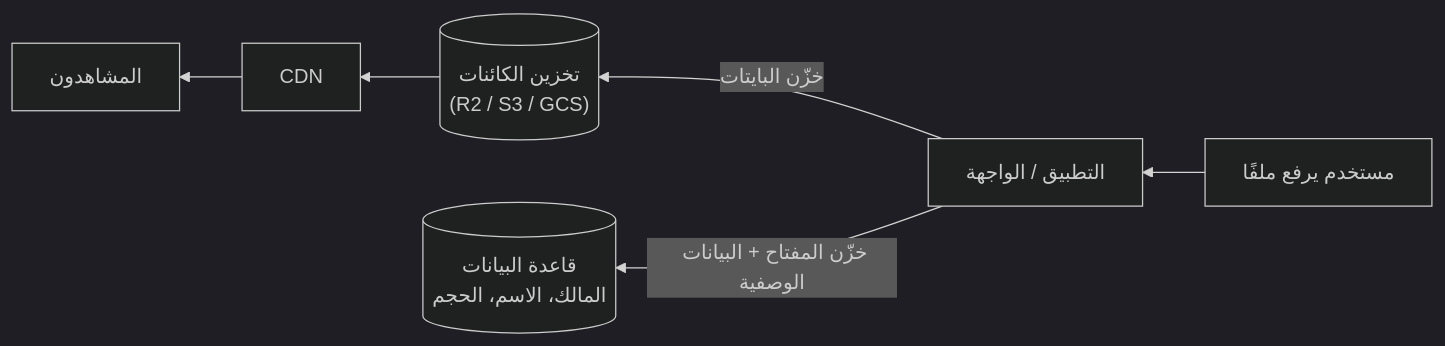
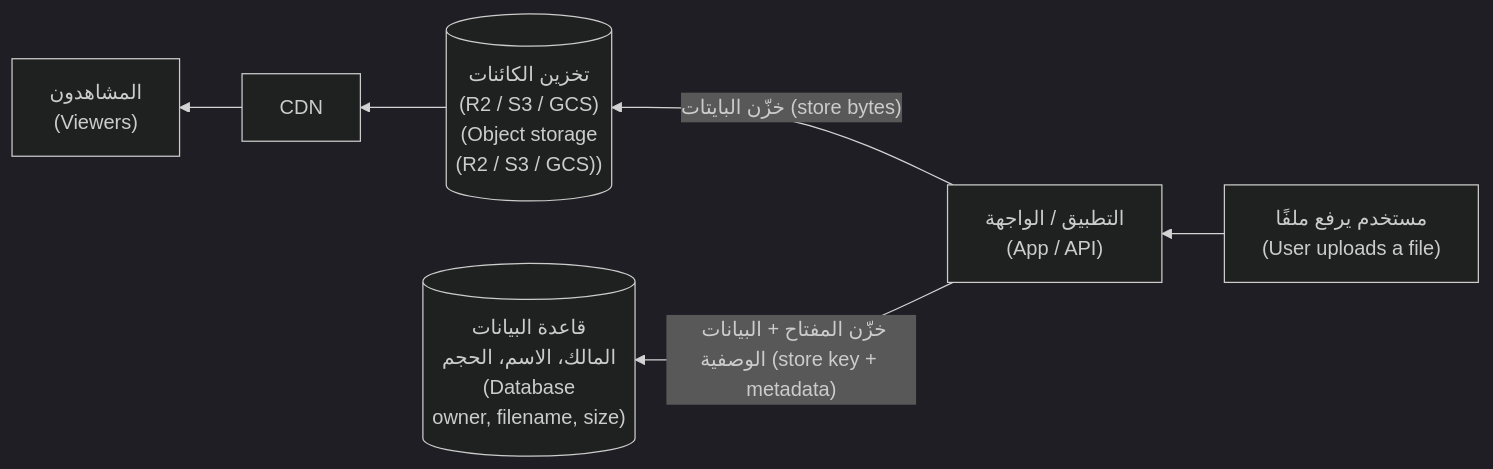
One commit to Tamoura/system-design-for-vibe-coders changed the second of 10 diagrams in modules/02-data-storage-backups/module.ar.md. Above: the diagram before and after it, drawn with Mermaid (dark theme). The commit also changed other lines of this file and 62 other files, not shown here.

First line of the commit message:
Arabic editions: English on every diagram label, RTL fixes, rebuild

````diff
--- a/modules/02-data-storage-backups/module.ar.md
+++ b/modules/02-data-storage-backups/module.ar.md
@@ -189,7 +189,7 @@
 ```mermaid
 flowchart RL
-    U["مستخدم يرفع ملفًا"] --> API["التطبيق / الواجهة"]
-    API -->|"خزّن البايتات"| OS[("تخزين الكائنات<br/>(R2 / S3 / GCS)")]
-    API -->|"خزّن المفتاح + البيانات الوصفية"| DB[("قاعدة البيانات<br/>المالك، الاسم، الحجم")]
-    OS --> CDN["CDN"] --> V["المشاهدون"]
+    U["مستخدم يرفع ملفًا<br/>(User uploads a file)"] --> API["التطبيق / الواجهة<br/>(App / API)"]
+    API -->|"خزّن البايتات (store bytes)"| OS[("تخزين الكائنات<br/>(R2 / S3 / GCS)<br/>(Object storage<br/>(R2 / S3 / GCS))")]
+    API -->|"خزّن المفتاح + البيانات الوصفية (store key + metadata)"| DB[("قاعدة البيانات<br/>المالك، الاسم، الحجم<br/>(Database<br/>owner, filename, size)")]
+    OS --> CDN["CDN"] --> V["المشاهدون<br/>(Viewers)"]
 ```
````
